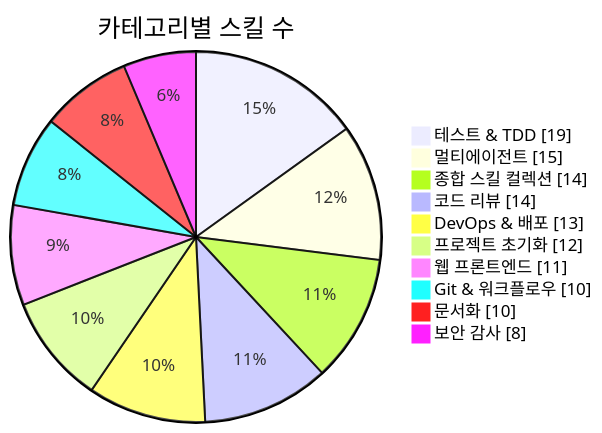
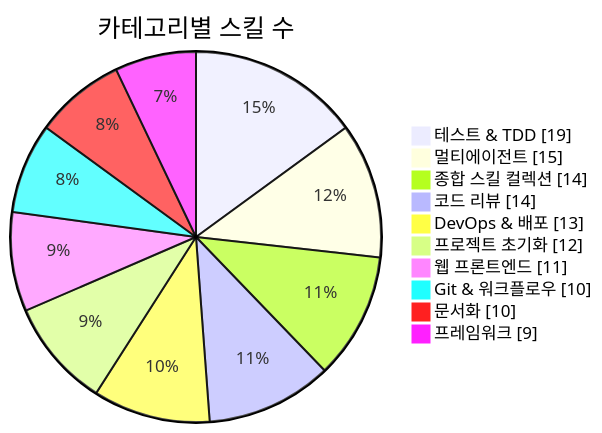
One commit to J-nowcow/awesome-korean-agent-skills changed the first of 3 diagrams in README.md. Above: the diagram before and after it, drawn with Mermaid. The commit also changed other lines of this file and 4 other files, not shown here.

````diff
--- a/README.md
+++ b/README.md
@@ -176,14 +176,14 @@
 ```mermaid
 pie showData
     title 카테고리별 스킬 수
     "테스트 & TDD" : 19
     "멀티에이전트" : 15
     "종합 스킬 컬렉션" : 14
     "코드 리뷰" : 14
     "DevOps & 배포" : 13
     "프로젝트 초기화" : 12
     "웹 프론트엔드" : 11
     "Git & 워크플로우" : 10
     "문서화" : 10
-    "보안 감사" : 8
+    "프레임워크" : 9
 ```
````
